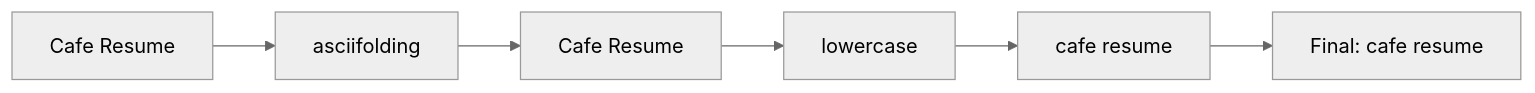
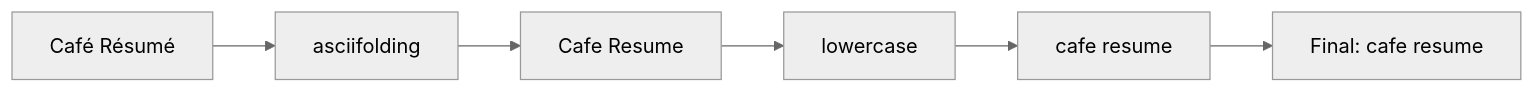
The third of 6 diagrams in posts/2026-01-30-elasticsearch-normalizers/README.md (OneUptime/blog), drawn with Mermaid (neutral theme) before and after one commit. The commit also changed other lines of this file and 9 other files, not shown here.

````diff
--- a/posts/2026-01-30-elasticsearch-normalizers/README.md
+++ b/posts/2026-01-30-elasticsearch-normalizers/README.md
@@ -124,8 +124,8 @@
 ```mermaid
 flowchart LR
-    Input["Cafe Resume"] --> F1["asciifolding"]
+    Input["Café Résumé"] --> F1["asciifolding"]
     F1 --> R1["Cafe Resume"]
     R1 --> F2["lowercase"]
     F2 --> R2["cafe resume"]
     R2 --> Output["Final: cafe resume"]
 ```
````
